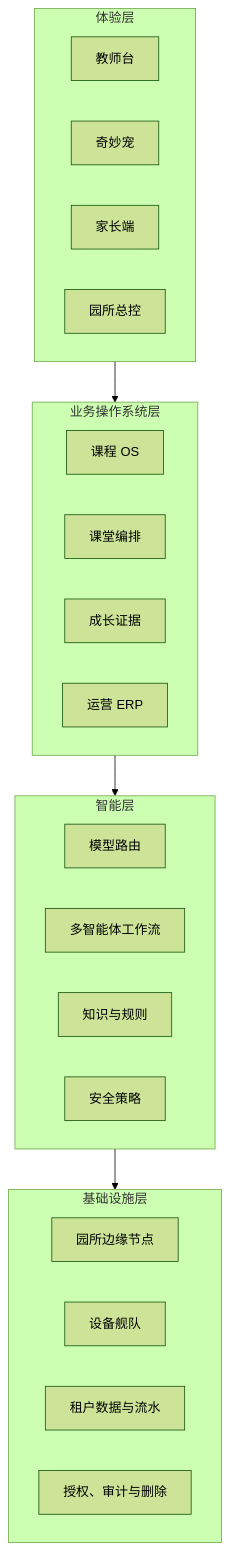
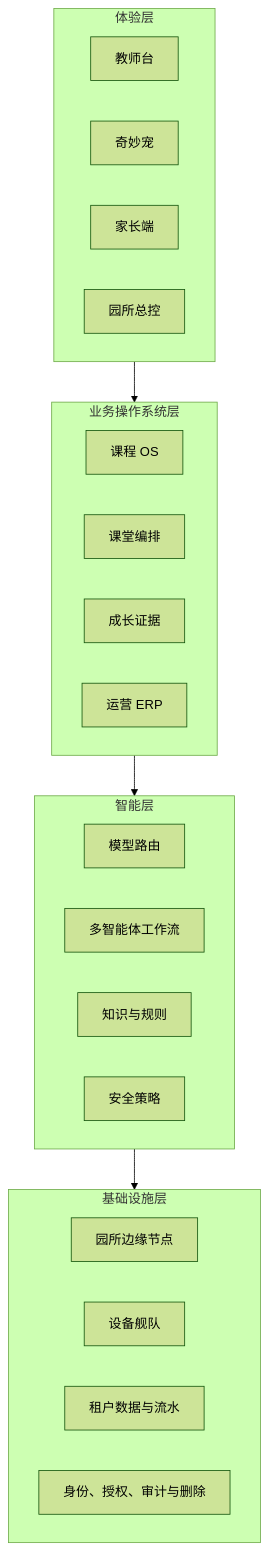
Before and after one commit to LinuxZhou93/ai-playground: the second of 2 diagrams in docs/xmp/XMP_PRODUCT_DOSSIER.md, drawn with Mermaid (forest theme). The commit also changed other lines of this file and 26 other files, not shown here.

````diff
--- a/docs/xmp/XMP_PRODUCT_DOSSIER.md
+++ b/docs/xmp/XMP_PRODUCT_DOSSIER.md
@@ -65,28 +71,28 @@
 ```mermaid
 flowchart TB
   subgraph Experience["体验层"]
     T["教师台"]
     K["奇妙宠"]
     P["家长端"]
     O["园所总控"]
   end
   subgraph OS["业务操作系统层"]
     C["课程 OS"]
     L["课堂编排"]
     G["成长证据"]
     E["运营 ERP"]
   end
   subgraph Intelligence["智能层"]
     M["模型路由"]
     A["多智能体工作流"]
     R["知识与规则"]
     S["安全策略"]
   end
   subgraph Infrastructure["基础设施层"]
     D["园所边缘节点"]
     F["设备舰队"]
     DB["租户数据与流水"]
-    TR["授权、审计与删除"]
+    TR["身份、授权、审计与删除"]
   end
   Experience --> OS --> Intelligence --> Infrastructure
 ```
````
